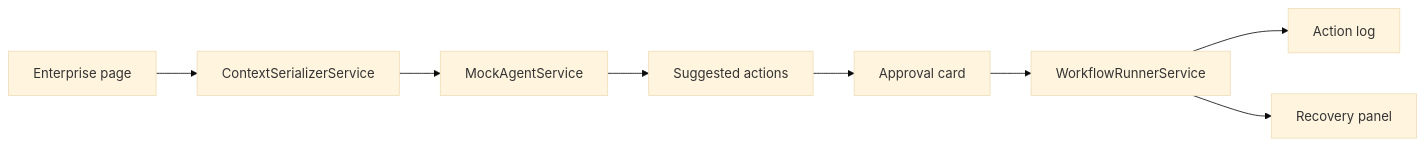
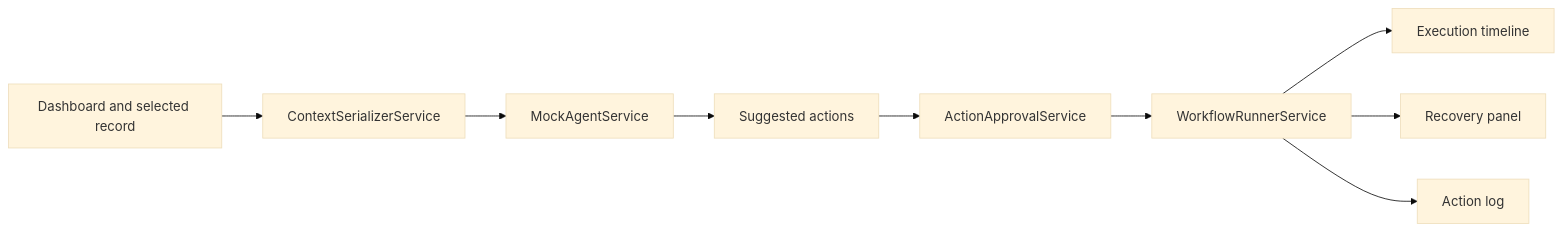
One commit to AnkitParekh007/ai-ui-agent-demo changed the diagram in README.md. Above: the diagram before and after it, drawn with Mermaid (base theme). The commit also changed other lines of this file and 23 other files, not shown here.

````diff
--- a/README.md
+++ b/README.md
@@ -62,19 +47,11 @@
 ```mermaid
-
 flowchart LR
-
-    Page["Enterprise page"] --> Serializer["ContextSerializerService"]
-
+    Dashboard["Dashboard and selected record"] --> Serializer["ContextSerializerService"]
     Serializer --> Agent["MockAgentService"]
-
     Agent --> Suggestions["Suggested actions"]
-
-    Suggestions --> Approval["Approval card"]
-
+    Suggestions --> Approval["ActionApprovalService"]
     Approval --> Runner["WorkflowRunnerService"]
-
+    Runner --> Timeline["Execution timeline"]
+    Runner --> Recovery["Recovery panel"]
     Runner --> Log["Action log"]
-
-    Runner --> Recovery["Recovery panel"]
-
 ```
````
